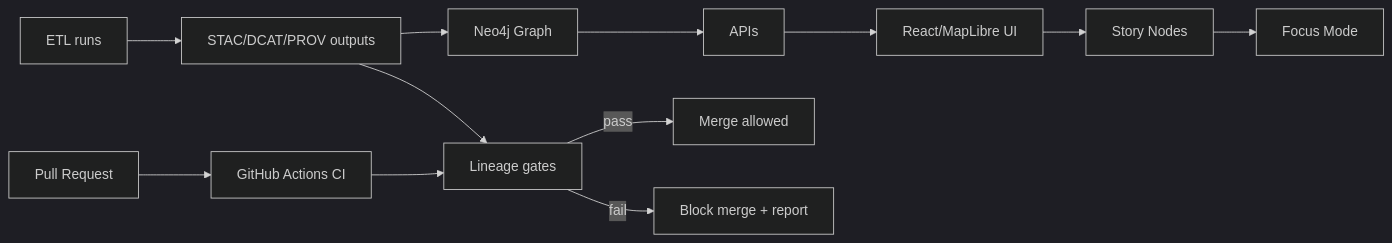
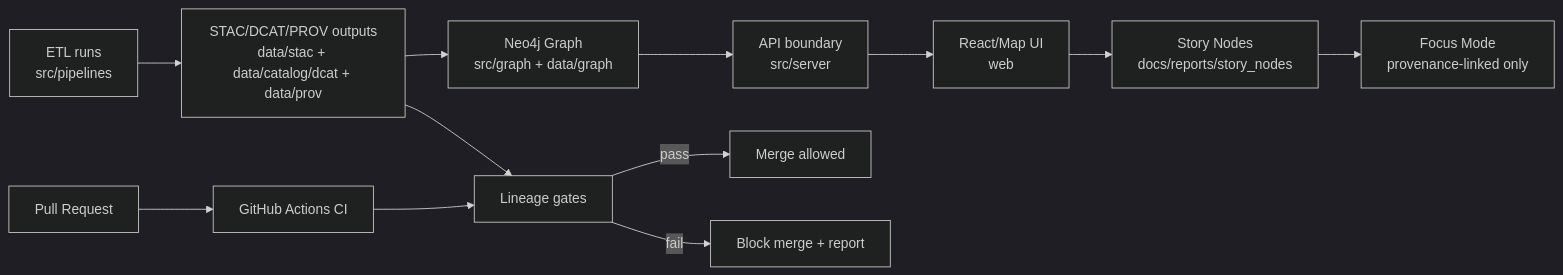
The first of 2 diagrams in .github/lineage/README.md (bartytime4life/Kansas-Frontier-Matrix), drawn with Mermaid (dark theme) before and after one commit. The commit also changed other lines of this file, not shown here.

```diff
--- a/.github/lineage/README.md
+++ b/.github/lineage/README.md
@@ -210,16 +167,16 @@
 ~~~mermaid
 flowchart LR
-  A[ETL runs] --> B[STAC/DCAT/PROV outputs]
-  B --> C[Neo4j Graph]
-  C --> D[APIs]
-  D --> E[React/MapLibre UI]
-  E --> F[Story Nodes]
-  F --> G[Focus Mode]
+  A[ETL runs<br/>src/pipelines] --> B[STAC/DCAT/PROV outputs<br/>data/stac + data/catalog/dcat + data/prov]
+  B --> C[Neo4j Graph<br/>src/graph + data/graph]
+  C --> D[API boundary<br/>src/server]
+  D --> E[React/Map UI<br/>web]
+  E --> F[Story Nodes<br/>docs/reports/story_nodes]
+  F --> G[Focus Mode<br/>provenance-linked only]
 
   PR[Pull Request] --> CI[GitHub Actions CI]
   CI --> L[Lineage gates]
   L -->|pass| M[Merge allowed]
   L -->|fail| X[Block merge + report]
 
   B --> L
 ~~~
```
